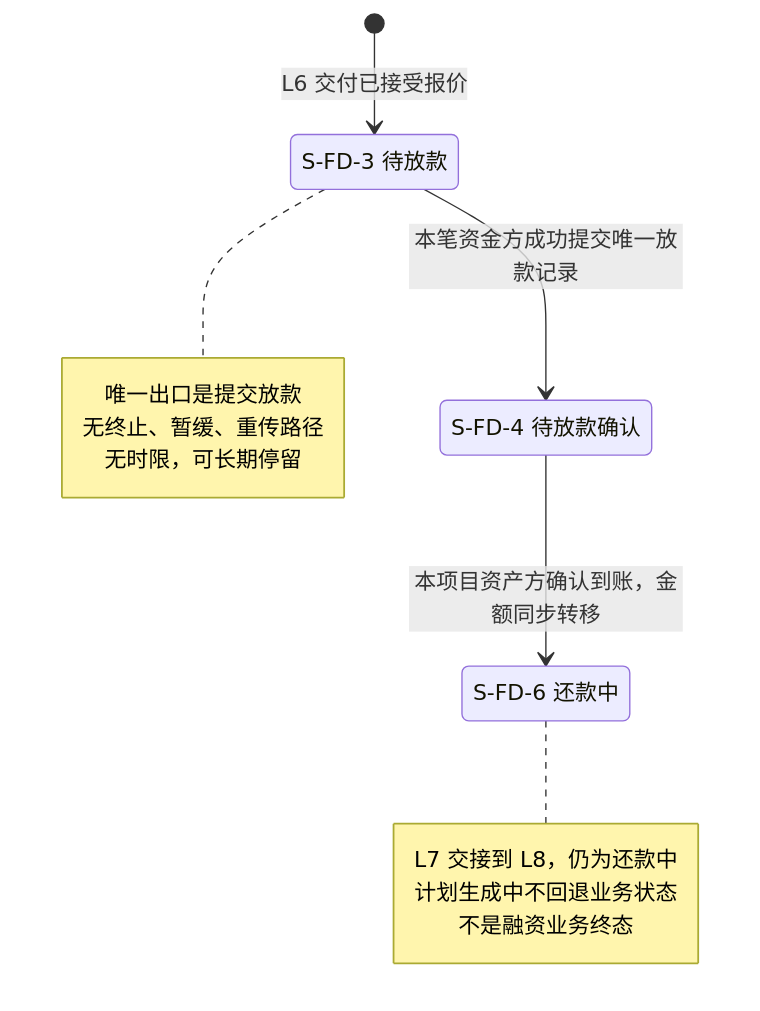
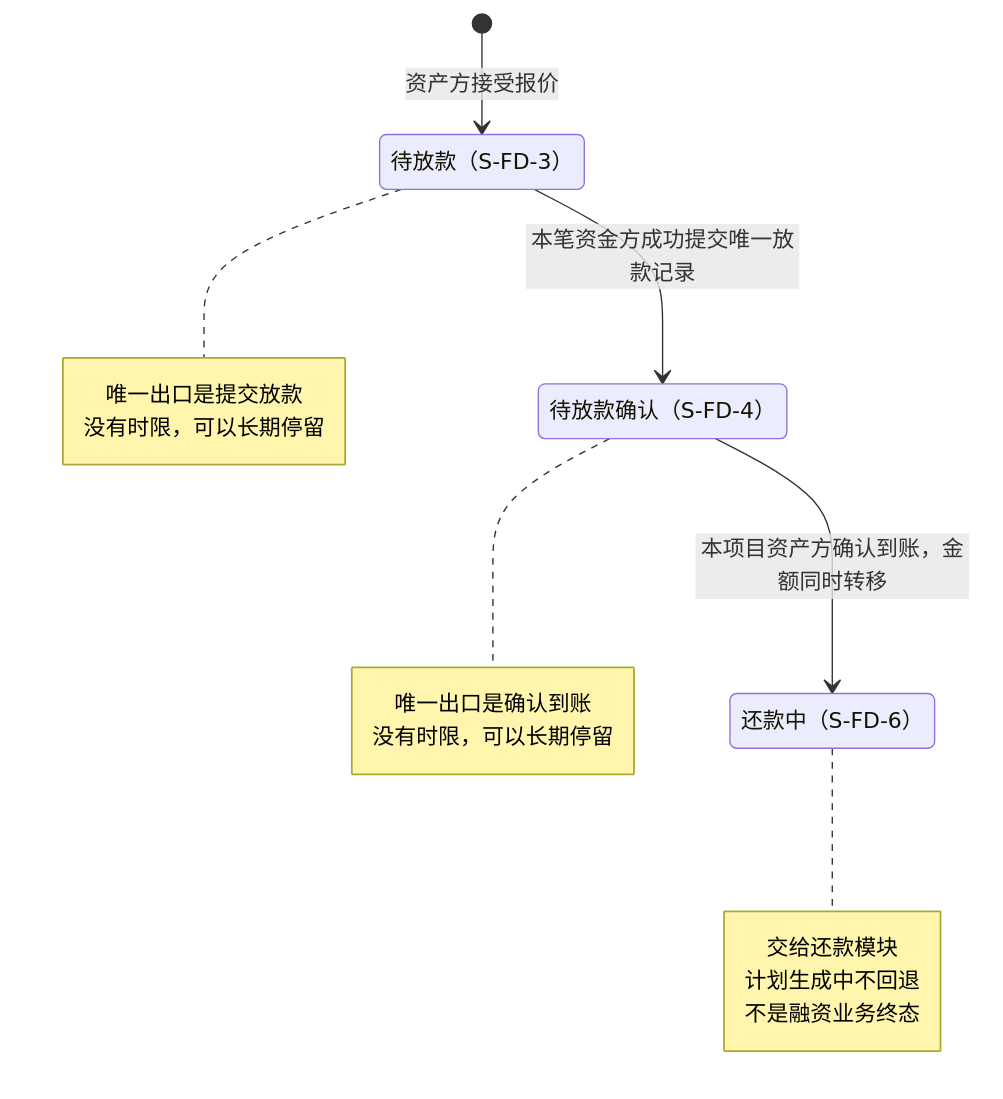
Before and after one commit to wxblockchain/Chain-Financing: the fourth of 4 diagrams in lending-platform/PRD/面客端/07-借贷广场-放款与放款确认/02-放款与放款确认-流程图与状态机.md, drawn with Mermaid. The commit also changed other lines of this file and 6 other files, not shown here.

````diff
--- a/lending-platform/PRD/面客端/07-借贷广场-放款与放款确认/02-放款与放款确认-流程图与状态机.md
+++ b/lending-platform/PRD/面客端/07-借贷广场-放款与放款确认/02-放款与放款确认-流程图与状态机.md
@@ -108,19 +100,22 @@
 ```mermaid
 stateDiagram-v2
-  state "S-FD-3 待放款" as FD3
-  state "S-FD-4 待放款确认" as FD4
-  state "S-FD-6 还款中" as FD6
-  [*] --> FD3: L6 交付已接受报价
+  state "待放款（S-FD-3）" as FD3
+  state "待放款确认（S-FD-4）" as FD4
+  state "还款中（S-FD-6）" as FD6
+  [*] --> FD3: 资产方接受报价
   FD3 --> FD4: 本笔资金方成功提交唯一放款记录
-  FD4 --> FD6: 本项目资产方确认到账，金额同步转移
+  FD4 --> FD6: 本项目资产方确认到账，金额同时转移
   note right of FD3
     唯一出口是提交放款
-    无终止、暂缓、重传路径
-    无时限，可长期停留
+    没有时限，可以长期停留
+  end note
+  note right of FD4
+    唯一出口是确认到账
+    没有时限，可以长期停留
   end note
   note right of FD6
-    L7 交接到 L8，仍为还款中
-    计划生成中不回退业务状态
+    交给还款模块
+    计划生成中不回退
     不是融资业务终态
   end note
 ```
````
